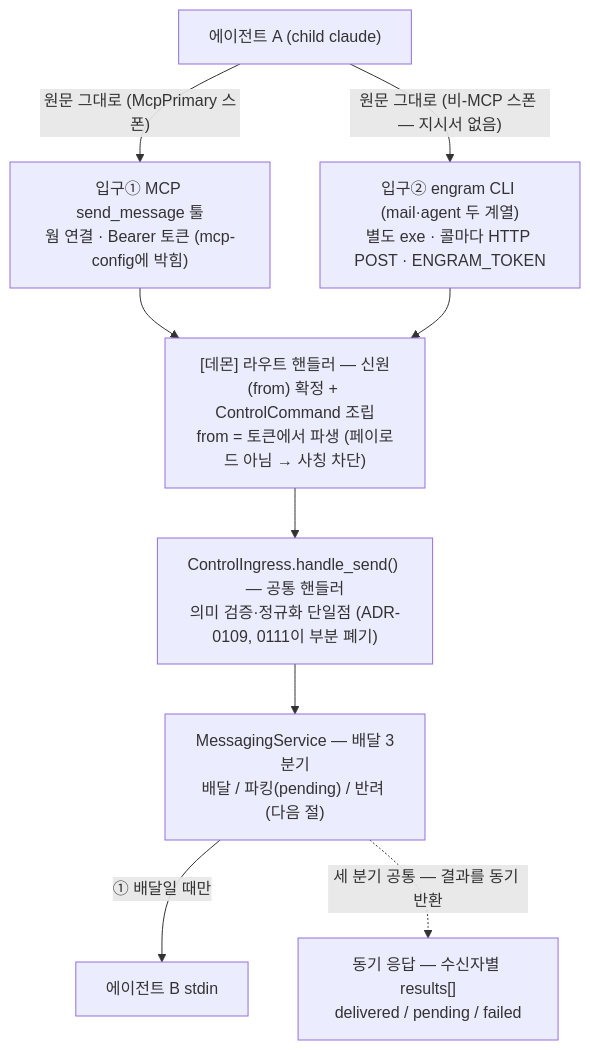
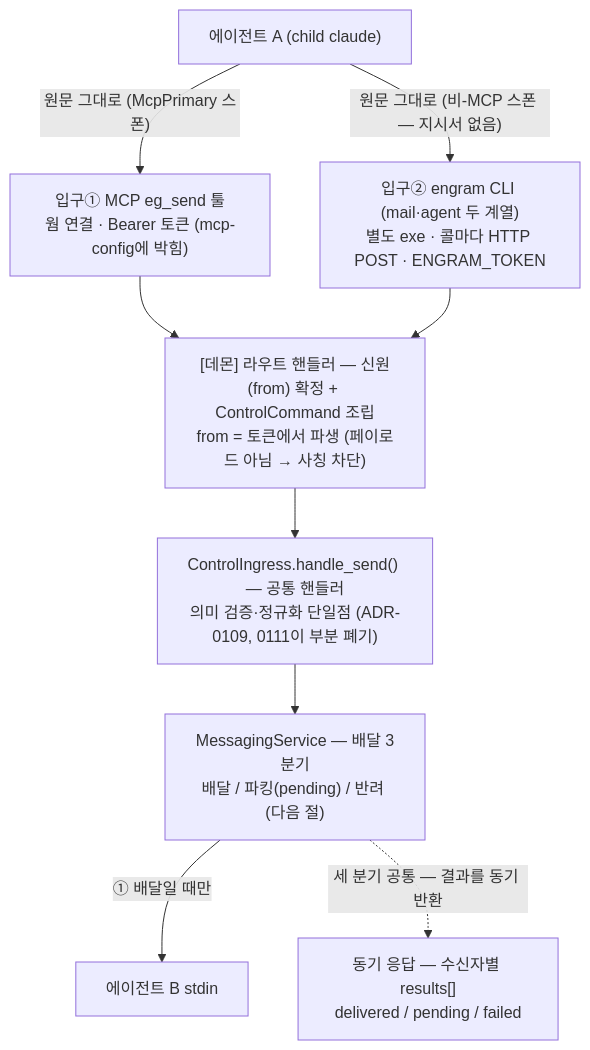
Before and after one commit to kimsunzun/engram-dashboard: the eighth of 20 diagrams in docs/reference/architecture-overview.md, drawn with Mermaid. The commit also changed other lines of this file and 22 other files, not shown here.

````diff
--- a/docs/reference/architecture-overview.md
+++ b/docs/reference/architecture-overview.md
@@ -343,17 +343,17 @@
 ```mermaid
 flowchart TD
   A["에이전트 A (child claude)"]
-  MCP["입구① MCP send_message 툴<br/>웜 연결 · Bearer 토큰 (mcp-config에 박힘)"]
+  MCP["입구① MCP eg_send 툴<br/>웜 연결 · Bearer 토큰 (mcp-config에 박힘)"]
   CLI["입구② engram CLI (mail·agent 두 계열)<br/>별도 exe · 콜마다 HTTP POST · ENGRAM_TOKEN"]
   CI["[데몬] 라우트 핸들러 — 신원(from) 확정 + ControlCommand 조립<br/>from = 토큰에서 파생 (페이로드 아님 → 사칭 차단)"]
   VAL["ControlIngress.handle_send() — 공통 핸들러<br/>의미 검증·정규화 단일점 (ADR-0109, 0111이 부분 폐기)"]
   DELIV["MessagingService — 배달 3분기<br/>배달 / 파킹(pending) / 반려 (다음 절)"]
   B["에이전트 B stdin"]
   ACK["동기 응답 — 수신자별 results[]<br/>delivered / pending / failed"]
 
   A -->|"원문 그대로 (McpPrimary 스폰)"| MCP --> CI
   A -->|"원문 그대로 (비-MCP 스폰 — 지시서 없음)"| CLI --> CI
   CI --> VAL --> DELIV
   DELIV -->|"① 배달일 때만"| B
   DELIV -.->|"세 분기 공통 — 결과를 동기 반환"| ACK
 ```
````
